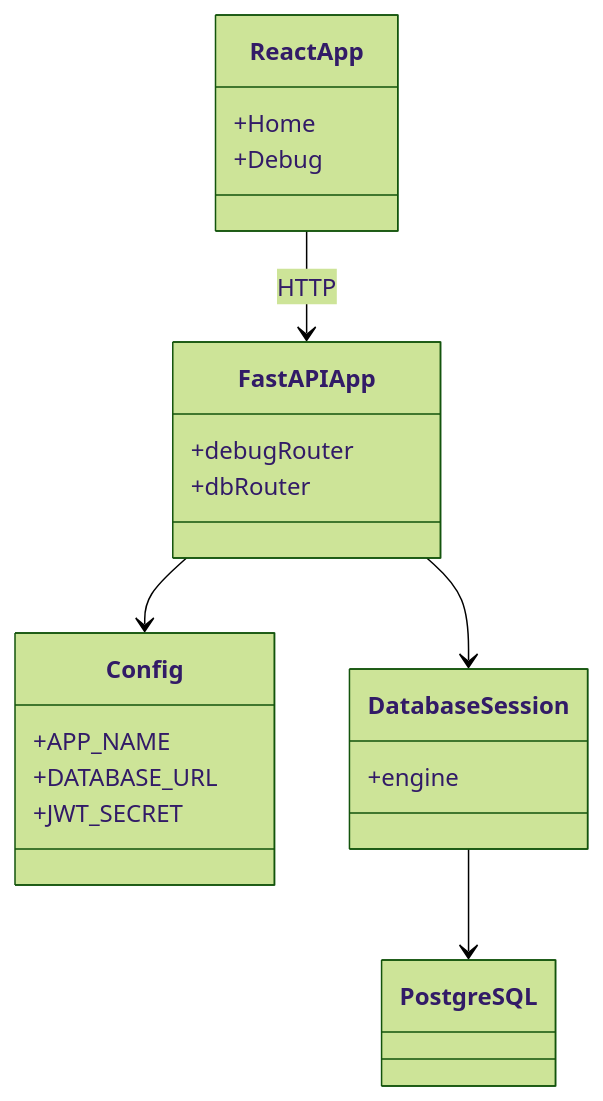
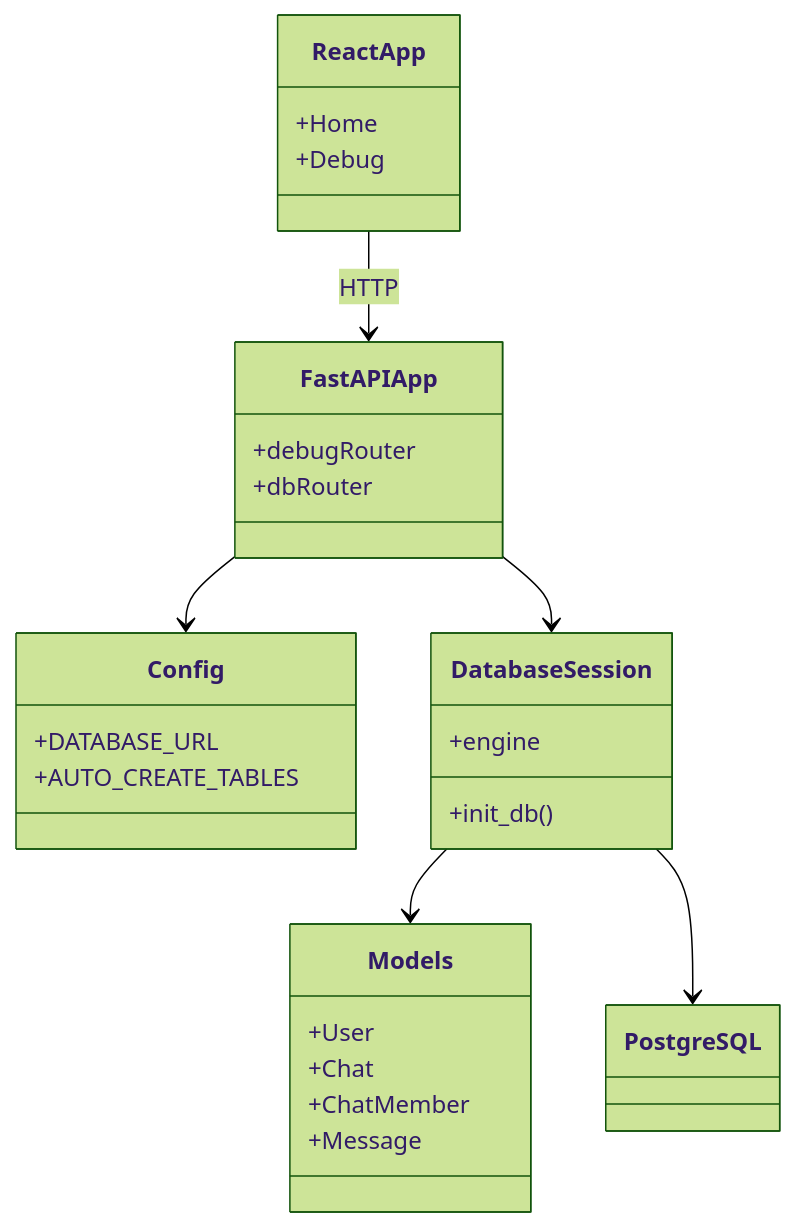
One commit to aske312/project_403 changed the third of 4 diagrams in README.md. Above: the diagram before and after it, drawn with Mermaid (forest theme). The commit also changed other lines of this file and 6 other files, not shown here.

````diff
--- a/README.md
+++ b/README.md
@@ -240,27 +252,35 @@
 ```mermaid
 classDiagram
     class ReactApp {
         +Home
         +Debug
     }
 
     class FastAPIApp {
         +debugRouter
         +dbRouter
     }
 
     class Config {
-        +APP_NAME
         +DATABASE_URL
-        +JWT_SECRET
+        +AUTO_CREATE_TABLES
     }
 
     class DatabaseSession {
         +engine
+        +init_db()
+    }
+
+    class Models {
+        +User
+        +Chat
+        +ChatMember
+        +Message
     }
 
     ReactApp --> FastAPIApp : HTTP
     FastAPIApp --> Config
     FastAPIApp --> DatabaseSession
+    DatabaseSession --> Models
     DatabaseSession --> PostgreSQL
 ```
````
